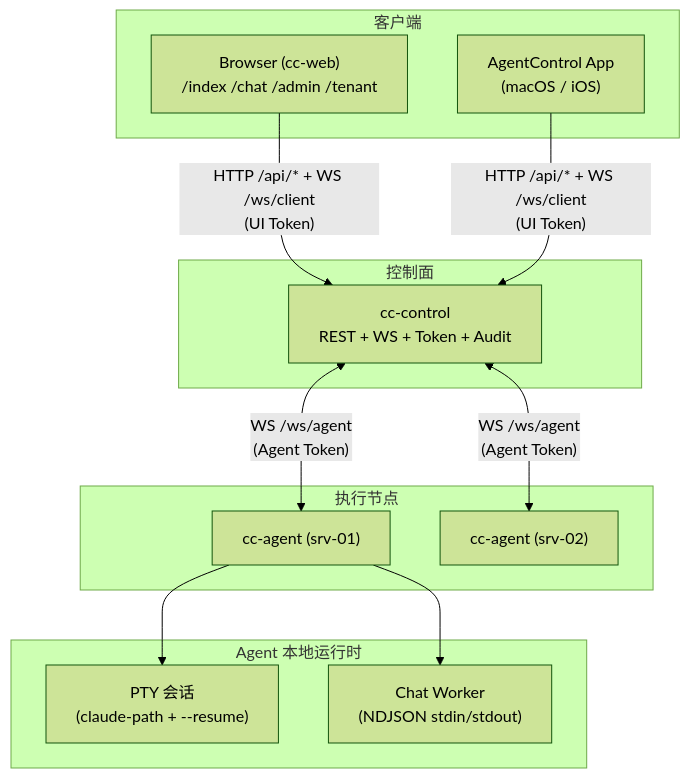
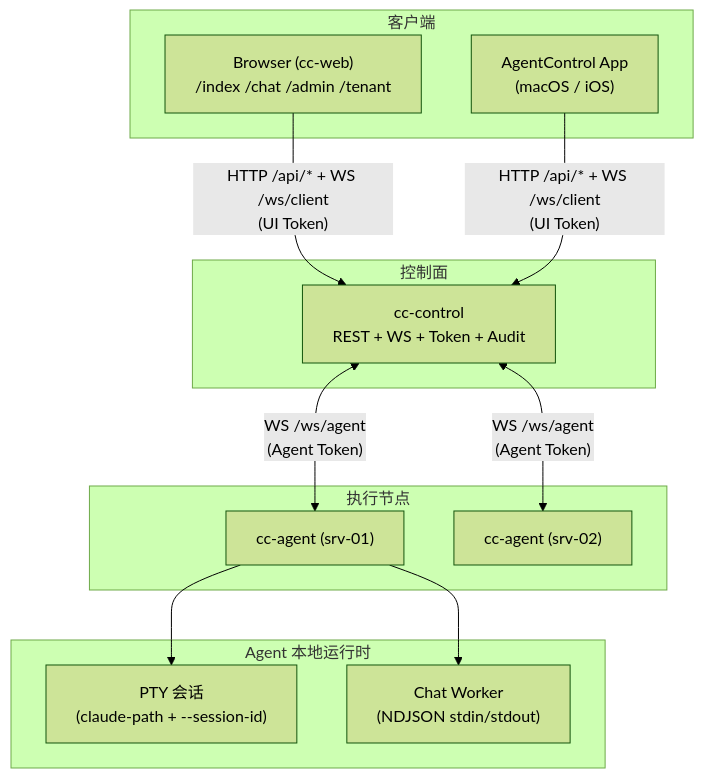
The first of 5 diagrams in docs/architecture.md (xuzhougeng/agent-control), drawn with Mermaid (forest theme) before and after one commit. The commit also changed other lines of this file and 4 other files, not shown here.

Commit message:
docs: align session_id docs and stabilize path test

````diff
--- a/docs/architecture.md
+++ b/docs/architecture.md
@@ -7,28 +7,28 @@
 ```mermaid
 flowchart TB
     subgraph Clients["客户端"]
         Browser["Browser (cc-web)\n/index /chat /admin /tenant"]
         App["AgentControl App\n(macOS / iOS)"]
     end
 
     subgraph Control["控制面"]
         CC["cc-control\nREST + WS + Token + Audit"]
     end
 
     subgraph Nodes["执行节点"]
         A1["cc-agent (srv-01)"]
         A2["cc-agent (srv-02)"]
     end
 
     subgraph Runtime["Agent 本地运行时"]
-        PTY["PTY 会话\n(claude-path + --resume)"]
+        PTY["PTY 会话\n(claude-path + --session-id)"]
         CHAT["Chat Worker\n(NDJSON stdin/stdout)"]
     end
 
     Browser -->|"HTTP /api/* + WS /ws/client\n(UI Token)"| CC
     App -->|"HTTP /api/* + WS /ws/client\n(UI Token)"| CC
     CC <-->|"WS /ws/agent\n(Agent Token)"| A1
     CC <-->|"WS /ws/agent\n(Agent Token)"| A2
     A1 --> PTY
     A1 --> CHAT
 ```
````
